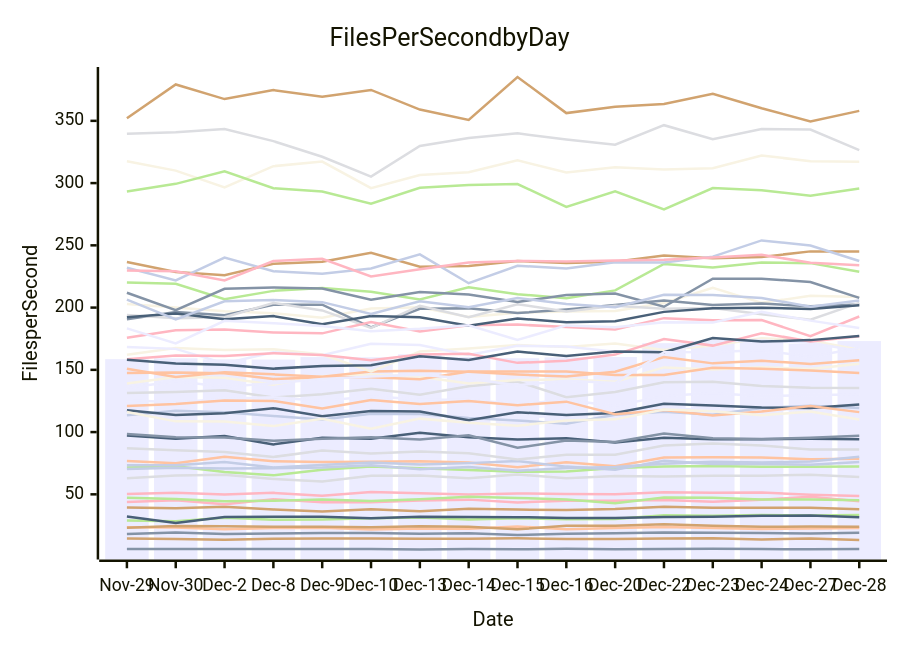
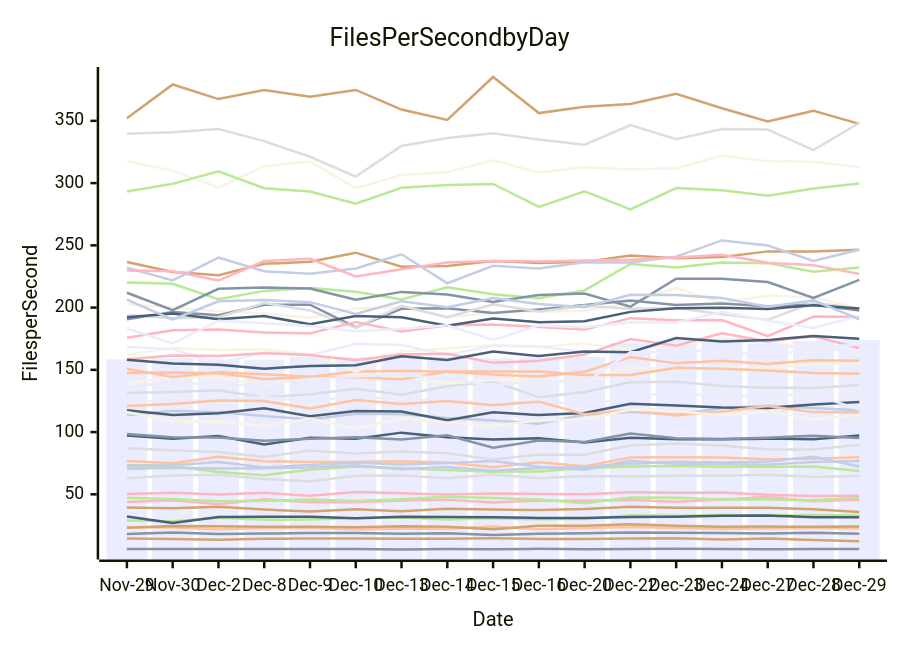
One commit to streetsidesoftware/cspell changed the diagram in perf-report.md. Above: the diagram before and after it, drawn with Mermaid. The commit also changed other lines of this file and 1 other file, not shown here.

````diff
--- a/perf-report.md
+++ b/perf-report.md
@@ -11,57 +11,57 @@
 ```mermaid
 xychart-beta
     title Files Per Second by Day
     y-axis Files per Second
-    x-axis Date [Nov-29, Nov-30, Dec-2, Dec-8, Dec-9, Dec-10, Dec-13, Dec-14, Dec-15, Dec-16, Dec-20, Dec-22, Dec-23, Dec-24, Dec-27, Dec-28]
-    bar [158.58, 159.25, 158.41, 158.24, 160.26, 160.13, 162.46, 160.30, 159.32, 159.99, 160.32, 171.41, 173.30, 173.54, 170.88, 173.10]
-    line [6.01, 6.16, 6.12, 6.00, 6.03, 6.11, 5.69, 6.12, 5.85, 6.27, 5.94, 6.19, 6.23, 6.06, 5.80, 6.19]
-    line [76.76, 75.06, 80.27, 76.65, 75.94, 76.12, 76.57, 75.62, 71.86, 75.70, 72.52, 79.52, 79.75, 79.57, 78.19, 78.53]
-    line [62.90, 65.22, 65.65, 62.39, 60.36, 64.84, 65.11, 62.93, 65.98, 63.02, 64.70, 64.39, 64.92, 64.92, 65.76, 63.97]
-    line [71.50, 72.49, 68.01, 65.32, 69.78, 72.32, 70.99, 69.49, 68.20, 68.29, 71.18, 72.28, 72.81, 72.16, 72.22, 72.29]
-    line [39.45, 38.80, 39.93, 37.87, 36.13, 38.10, 36.47, 38.38, 37.81, 37.32, 38.13, 39.99, 39.24, 39.22, 39.13, 37.99]
-    line [73.38, 73.35, 76.02, 71.59, 73.55, 75.54, 73.95, 75.07, 76.77, 72.26, 69.84, 77.03, 74.27, 74.27, 73.83, 75.96]
-    line [50.21, 51.36, 49.95, 51.18, 48.94, 51.93, 50.78, 49.91, 50.66, 50.34, 50.02, 51.61, 51.21, 51.38, 49.64, 48.60]
-    line [97.20, 94.57, 96.80, 90.09, 95.39, 94.62, 99.56, 95.79, 93.99, 95.03, 91.66, 95.50, 94.32, 94.29, 94.73, 94.34]
-    line [202.79, 200.07, 197.01, 195.46, 191.88, 199.25, 200.18, 192.55, 195.85, 196.96, 197.31, 203.68, 215.88, 203.82, 209.47, 208.55]
-    line [109.21, 117.71, 115.04, 114.43, 117.93, 116.17, 113.85, 113.19, 111.86, 113.23, 116.22, 119.95, 116.76, 117.75, 118.71, 118.58]
-    line [18.13, 19.36, 18.09, 18.49, 18.92, 19.04, 18.41, 18.71, 17.35, 18.44, 18.66, 19.39, 19.24, 18.95, 18.61, 19.20]
-    line [23.50, 23.32, 21.90, 22.93, 23.26, 21.71, 22.48, 22.26, 24.16, 21.86, 22.99, 23.86, 22.95, 22.15, 22.59, 22.93]
-    line [131.34, 132.15, 133.58, 127.82, 130.48, 134.87, 129.94, 136.83, 140.59, 128.00, 132.13, 140.04, 140.36, 136.98, 135.57, 135.50]
-    line [28.98, 28.47, 31.13, 29.50, 29.81, 30.70, 31.34, 29.78, 30.86, 29.89, 30.20, 33.22, 32.90, 33.40, 32.96, 33.38]
-    line [14.45, 14.21, 13.55, 14.37, 14.53, 14.61, 14.25, 14.42, 14.66, 14.20, 14.14, 14.58, 14.66, 13.81, 14.51, 13.39]
-    line [113.61, 117.05, 115.87, 112.86, 110.11, 114.79, 114.58, 111.22, 109.33, 106.79, 113.91, 116.30, 113.89, 119.27, 121.25, 119.32]
-    line [43.85, 45.20, 42.00, 46.02, 43.67, 43.68, 45.02, 45.75, 43.43, 44.94, 44.85, 45.35, 43.98, 45.75, 48.03, 44.47]
-    line [117.56, 113.82, 115.04, 119.17, 112.82, 116.99, 116.61, 109.61, 115.93, 113.66, 115.36, 122.68, 121.26, 119.81, 119.36, 122.21]
-    line [317.57, 310.02, 296.47, 313.58, 317.30, 295.96, 306.54, 308.67, 318.29, 308.47, 312.68, 311.01, 311.87, 322.19, 317.56, 317.24]
-    line [125.68, 123.73, 126.68, 128.02, 124.91, 128.75, 126.25, 125.99, 122.54, 125.77, 120.95, 129.07, 131.35, 128.71, 129.73, 130.21]
-    line [190.53, 196.53, 193.86, 202.32, 202.37, 184.12, 199.02, 199.50, 195.58, 198.56, 202.04, 205.76, 202.04, 203.32, 201.04, 202.44]
-    line [120.89, 122.51, 125.41, 124.96, 118.90, 125.77, 122.50, 124.97, 121.63, 124.44, 114.40, 117.66, 113.42, 116.57, 120.86, 116.04]
-    line [194.09, 191.43, 192.21, 203.69, 197.75, 183.65, 201.42, 192.31, 202.71, 196.90, 201.49, 199.06, 199.67, 194.62, 190.28, 203.79]
-    line [220.14, 219.09, 206.67, 213.42, 215.72, 212.77, 206.57, 216.35, 210.81, 207.51, 213.81, 235.09, 232.12, 236.13, 235.71, 228.72]
-    line [236.55, 228.65, 226.03, 235.13, 236.77, 244.11, 232.83, 233.41, 237.39, 235.87, 236.73, 241.85, 239.59, 240.67, 245.15, 245.04]
-    line [70.33, 71.28, 70.66, 70.99, 71.64, 73.38, 70.10, 71.99, 68.96, 71.11, 72.00, 74.62, 76.21, 75.66, 76.28, 80.16]
-    line [175.76, 181.77, 182.47, 179.95, 179.31, 188.38, 180.77, 185.77, 186.35, 184.33, 182.33, 191.53, 189.75, 189.98, 177.07, 192.83]
-    line [192.30, 195.25, 190.71, 193.15, 186.55, 193.19, 192.23, 185.43, 191.26, 188.26, 189.10, 196.56, 199.42, 199.83, 198.90, 201.82]
-    line [139.07, 144.20, 143.55, 138.09, 144.82, 146.07, 144.49, 139.02, 141.78, 142.36, 140.50, 151.95, 150.33, 152.02, 150.72, 154.90]
-    line [183.30, 171.17, 189.43, 187.46, 185.27, 181.05, 182.93, 185.74, 173.94, 185.68, 184.19, 188.28, 188.11, 196.54, 189.53, 183.55]
-    line [211.90, 198.01, 215.07, 216.21, 215.29, 206.31, 212.61, 210.51, 204.56, 210.18, 211.34, 200.66, 223.22, 223.16, 220.54, 207.84]
-    line [150.86, 144.17, 148.12, 146.38, 144.41, 148.76, 149.26, 148.44, 146.25, 144.57, 148.51, 160.26, 155.20, 157.30, 154.76, 157.76]
-    line [87.05, 85.49, 84.05, 80.02, 85.30, 82.71, 84.32, 82.91, 77.95, 81.87, 81.89, 89.30, 90.84, 89.17, 86.07, 86.04]
-    line [293.25, 299.40, 309.39, 295.84, 293.27, 283.38, 296.25, 298.40, 299.27, 280.90, 293.45, 278.89, 296.00, 294.23, 289.77, 295.71]
-    line [352.03, 379.23, 367.49, 374.69, 369.34, 374.83, 359.05, 350.76, 385.22, 356.23, 361.41, 363.52, 371.74, 360.07, 349.58, 358.00]
-    line [232.03, 221.81, 240.23, 229.14, 227.27, 231.37, 242.80, 219.56, 233.62, 231.32, 236.32, 236.26, 240.94, 253.96, 249.85, 237.45]
-    line [229.81, 229.18, 221.75, 237.38, 239.25, 224.99, 230.85, 236.16, 237.46, 237.06, 237.81, 238.36, 240.26, 242.42, 235.97, 234.05]
-    line [32.17, 27.01, 31.76, 31.99, 31.99, 30.84, 32.08, 31.89, 31.67, 31.01, 31.00, 31.79, 31.95, 32.72, 33.00, 31.56]
-    line [162.13, 167.55, 165.94, 166.49, 162.27, 148.64, 164.74, 167.10, 169.90, 168.25, 171.20, 165.98, 169.49, 175.43, 173.51, 166.13]
-    line [168.29, 166.84, 155.06, 164.08, 161.66, 171.02, 169.99, 161.97, 169.28, 168.79, 164.45, 163.90, 173.08, 173.52, 171.67, 165.07]
-    line [98.38, 95.87, 95.57, 93.03, 94.71, 95.93, 94.05, 97.42, 87.40, 93.20, 92.02, 98.77, 95.06, 94.41, 95.55, 97.07]
-    line [147.45, 147.90, 147.19, 142.70, 144.08, 143.97, 142.44, 148.72, 148.74, 148.66, 145.81, 145.83, 151.65, 150.82, 149.41, 147.54]
-    line [339.55, 340.91, 343.35, 333.69, 321.17, 305.21, 329.78, 336.28, 339.96, 335.03, 330.81, 346.52, 335.23, 343.48, 342.97, 326.49]
-    line [47.22, 46.33, 44.42, 44.87, 45.90, 44.67, 46.00, 48.05, 47.07, 45.85, 42.75, 47.52, 47.21, 45.81, 45.88, 45.34]
-    line [23.09, 24.60, 24.46, 23.99, 23.97, 23.56, 24.27, 23.97, 21.89, 24.77, 24.75, 25.98, 24.78, 24.02, 24.07, 23.90]
-    line [206.34, 190.41, 205.06, 206.03, 204.37, 194.91, 205.14, 200.36, 207.64, 202.85, 200.31, 210.29, 210.04, 207.76, 200.78, 205.77]
-    line [158.52, 161.43, 161.03, 163.37, 162.01, 157.69, 162.41, 162.92, 155.61, 157.24, 162.25, 174.81, 169.46, 179.44, 172.82, 176.92]
-    line [158.17, 155.13, 153.99, 150.95, 152.99, 153.72, 160.91, 157.90, 164.74, 161.04, 164.69, 164.20, 175.57, 172.74, 173.87, 177.24]
-    line [116.12, 108.62, 108.44, 104.81, 110.68, 102.65, 110.81, 107.51, 105.11, 109.29, 110.23, 118.20, 116.66, 113.51, 116.56, 110.18]
-    line [135.37, 140.89, 136.51, 139.19, 142.56, 144.70, 146.06, 142.91, 137.61, 141.27, 139.39, 164.22, 164.25, 165.65, 160.55, 167.52]
+    x-axis Date [Nov-29, Nov-30, Dec-2, Dec-8, Dec-9, Dec-10, Dec-13, Dec-14, Dec-15, Dec-16, Dec-20, Dec-22, Dec-23, Dec-24, Dec-27, Dec-28, Dec-29]
+    bar [158.58, 159.25, 158.41, 158.24, 160.26, 160.13, 162.46, 160.30, 159.32, 159.99, 160.32, 171.41, 173.30, 173.54, 170.88, 173.10, 173.94]
+    line [6.01, 6.16, 6.12, 6.00, 6.03, 6.11, 5.69, 6.12, 5.85, 6.27, 5.94, 6.19, 6.23, 6.06, 5.80, 6.19, 6.05]
+    line [76.76, 75.06, 80.27, 76.65, 75.94, 76.12, 76.57, 75.62, 71.86, 75.70, 72.52, 79.52, 79.75, 79.57, 78.19, 78.53, 79.86]
+    line [62.90, 65.22, 65.65, 62.39, 60.36, 64.84, 65.11, 62.93, 65.98, 63.02, 64.70, 64.39, 64.92, 64.92, 65.76, 63.97, 64.82]
+    line [71.50, 72.49, 68.01, 65.32, 69.78, 72.32, 70.99, 69.49, 68.20, 68.29, 71.18, 72.28, 72.81, 72.16, 72.22, 72.29, 68.65]
+    line [39.45, 38.80, 39.93, 37.87, 36.13, 38.10, 36.47, 38.38, 37.81, 37.32, 38.13, 39.99, 39.24, 39.22, 39.13, 37.99, 35.85]
+    line [73.38, 73.35, 76.02, 71.59, 73.55, 75.54, 73.95, 75.07, 76.77, 72.26, 69.84, 77.03, 74.27, 74.27, 73.83, 75.96, 76.75]
+    line [50.21, 51.36, 49.95, 51.18, 48.94, 51.93, 50.78, 49.91, 50.66, 50.34, 50.02, 51.61, 51.21, 51.38, 49.64, 48.60, 48.81]
+    line [97.20, 94.57, 96.80, 90.09, 95.39, 94.62, 99.56, 95.79, 93.99, 95.03, 91.66, 95.50, 94.32, 94.29, 94.73, 94.34, 97.24]
+    line [202.79, 200.07, 197.01, 195.46, 191.88, 199.25, 200.18, 192.55, 195.85, 196.96, 197.31, 203.68, 215.88, 203.82, 209.47, 208.55, 199.09]
+    line [109.21, 117.71, 115.04, 114.43, 117.93, 116.17, 113.85, 113.19, 111.86, 113.23, 116.22, 119.95, 116.76, 117.75, 118.71, 118.58, 114.82]
+    line [18.13, 19.36, 18.09, 18.49, 18.92, 19.04, 18.41, 18.71, 17.35, 18.44, 18.66, 19.39, 19.24, 18.95, 18.61, 19.20, 18.27]
+    line [23.50, 23.32, 21.90, 22.93, 23.26, 21.71, 22.48, 22.26, 24.16, 21.86, 22.99, 23.86, 22.95, 22.15, 22.59, 22.93, 22.62]
+    line [131.34, 132.15, 133.58, 127.82, 130.48, 134.87, 129.94, 136.83, 140.59, 128.00, 132.13, 140.04, 140.36, 136.98, 135.57, 135.50, 137.91]
+    line [28.98, 28.47, 31.13, 29.50, 29.81, 30.70, 31.34, 29.78, 30.86, 29.89, 30.20, 33.22, 32.90, 33.40, 32.96, 33.38, 33.29]
+    line [14.45, 14.21, 13.55, 14.37, 14.53, 14.61, 14.25, 14.42, 14.66, 14.20, 14.14, 14.58, 14.66, 13.81, 14.51, 13.39, 12.40]
+    line [113.61, 117.05, 115.87, 112.86, 110.11, 114.79, 114.58, 111.22, 109.33, 106.79, 113.91, 116.30, 113.89, 119.27, 121.25, 119.32, 117.50]
+    line [43.85, 45.20, 42.00, 46.02, 43.67, 43.68, 45.02, 45.75, 43.43, 44.94, 44.85, 45.35, 43.98, 45.75, 48.03, 44.47, 45.58]
+    line [117.56, 113.82, 115.04, 119.17, 112.82, 116.99, 116.61, 109.61, 115.93, 113.66, 115.36, 122.68, 121.26, 119.81, 119.36, 122.21, 124.10]
+    line [317.57, 310.02, 296.47, 313.58, 317.30, 295.96, 306.54, 308.67, 318.29, 308.47, 312.68, 311.01, 311.87, 322.19, 317.56, 317.24, 312.75]
+    line [125.68, 123.73, 126.68, 128.02, 124.91, 128.75, 126.25, 125.99, 122.54, 125.77, 120.95, 129.07, 131.35, 128.71, 129.73, 130.21, 118.23]
+    line [190.53, 196.53, 193.86, 202.32, 202.37, 184.12, 199.02, 199.50, 195.58, 198.56, 202.04, 205.76, 202.04, 203.32, 201.04, 202.44, 197.68]
+    line [120.89, 122.51, 125.41, 124.96, 118.90, 125.77, 122.50, 124.97, 121.63, 124.44, 114.40, 117.66, 113.42, 116.57, 120.86, 116.04, 115.83]
+    line [194.09, 191.43, 192.21, 203.69, 197.75, 183.65, 201.42, 192.31, 202.71, 196.90, 201.49, 199.06, 199.67, 194.62, 190.28, 203.79, 199.37]
+    line [220.14, 219.09, 206.67, 213.42, 215.72, 212.77, 206.57, 216.35, 210.81, 207.51, 213.81, 235.09, 232.12, 236.13, 235.71, 228.72, 232.21]
+    line [236.55, 228.65, 226.03, 235.13, 236.77, 244.11, 232.83, 233.41, 237.39, 235.87, 236.73, 241.85, 239.59, 240.67, 245.15, 245.04, 246.39]
+    line [70.33, 71.28, 70.66, 70.99, 71.64, 73.38, 70.10, 71.99, 68.96, 71.11, 72.00, 74.62, 76.21, 75.66, 76.28, 80.16, 72.31]
+    line [175.76, 181.77, 182.47, 179.95, 179.31, 188.38, 180.77, 185.77, 186.35, 184.33, 182.33, 191.53, 189.75, 189.98, 177.07, 192.83, 192.47]
+    line [192.30, 195.25, 190.71, 193.15, 186.55, 193.19, 192.23, 185.43, 191.26, 188.26, 189.10, 196.56, 199.42, 199.83, 198.90, 201.82, 199.28]
+    line [139.07, 144.20, 143.55, 138.09, 144.82, 146.07, 144.49, 139.02, 141.78, 142.36, 140.50, 151.95, 150.33, 152.02, 150.72, 154.90, 155.32]
+    line [183.30, 171.17, 189.43, 187.46, 185.27, 181.05, 182.93, 185.74, 173.94, 185.68, 184.19, 188.28, 188.11, 196.54, 189.53, 183.55, 193.27]
+    line [211.90, 198.01, 215.07, 216.21, 215.29, 206.31, 212.61, 210.51, 204.56, 210.18, 211.34, 200.66, 223.22, 223.16, 220.54, 207.84, 222.23]
+    line [150.86, 144.17, 148.12, 146.38, 144.41, 148.76, 149.26, 148.44, 146.25, 144.57, 148.51, 160.26, 155.20, 157.30, 154.76, 157.76, 157.35]
+    line [87.05, 85.49, 84.05, 80.02, 85.30, 82.71, 84.32, 82.91, 77.95, 81.87, 81.89, 89.30, 90.84, 89.17, 86.07, 86.04, 89.86]
+    line [293.25, 299.40, 309.39, 295.84, 293.27, 283.38, 296.25, 298.40, 299.27, 280.90, 293.45, 278.89, 296.00, 294.23, 289.77, 295.71, 299.69]
+    line [352.03, 379.23, 367.49, 374.69, 369.34, 374.83, 359.05, 350.76, 385.22, 356.23, 361.41, 363.52, 371.74, 360.07, 349.58, 358.00, 347.55]
+    line [232.03, 221.81, 240.23, 229.14, 227.27, 231.37, 242.80, 219.56, 233.62, 231.32, 236.32, 236.26, 240.94, 253.96, 249.85, 237.45, 246.43]
+    line [229.81, 229.18, 221.75, 237.38, 239.25, 224.99, 230.85, 236.16, 237.46, 237.06, 237.81, 238.36, 240.26, 242.42, 235.97, 234.05, 227.08]
+    line [32.17, 27.01, 31.76, 31.99, 31.99, 30.84, 32.08, 31.89, 31.67, 31.01, 31.00, 31.79, 31.95, 32.72, 33.00, 31.56, 31.66]
+    line [162.13, 167.55, 165.94, 166.49, 162.27, 148.64, 164.74, 167.10, 169.90, 168.25, 171.20, 165.98, 169.49, 175.43, 173.51, 166.13, 170.72]
+    line [168.29, 166.84, 155.06, 164.08, 161.66, 171.02, 169.99, 161.97, 169.28, 168.79, 164.45, 163.90, 173.08, 173.52, 171.67, 165.07, 167.09]
+    line [98.38, 95.87, 95.57, 93.03, 94.71, 95.93, 94.05, 97.42, 87.40, 93.20, 92.02, 98.77, 95.06, 94.41, 95.55, 97.07, 95.34]
+    line [147.45, 147.90, 147.19, 142.70, 144.08, 143.97, 142.44, 148.72, 148.74, 148.66, 145.81, 145.83, 151.65, 150.82, 149.41, 147.54, 146.95]
+    line [339.55, 340.91, 343.35, 333.69, 321.17, 305.21, 329.78, 336.28, 339.96, 335.03, 330.81, 346.52, 335.23, 343.48, 342.97, 326.49, 348.28]
+    line [47.22, 46.33, 44.42, 44.87, 45.90, 44.67, 46.00, 48.05, 47.07, 45.85, 42.75, 47.52, 47.21, 45.81, 45.88, 45.34, 47.27]
+    line [23.09, 24.60, 24.46, 23.99, 23.97, 23.56, 24.27, 23.97, 21.89, 24.77, 24.75, 25.98, 24.78, 24.02, 24.07, 23.90, 24.09]
+    line [206.34, 190.41, 205.06, 206.03, 204.37, 194.91, 205.14, 200.36, 207.64, 202.85, 200.31, 210.29, 210.04, 207.76, 200.78, 205.77, 190.64]
+    line [158.52, 161.43, 161.03, 163.37, 162.01, 157.69, 162.41, 162.92, 155.61, 157.24, 162.25, 174.81, 169.46, 179.44, 172.82, 176.92, 167.60]
+    line [158.17, 155.13, 153.99, 150.95, 152.99, 153.72, 160.91, 157.90, 164.74, 161.04, 164.69, 164.20, 175.57, 172.74, 173.87, 177.24, 175.06]
+    line [116.12, 108.62, 108.44, 104.81, 110.68, 102.65, 110.81, 107.51, 105.11, 109.29, 110.23, 118.20, 116.66, 113.51, 116.56, 110.18, 113.73]
+    line [135.37, 140.89, 136.51, 139.19, 142.56, 144.70, 146.06, 142.91, 137.61, 141.27, 139.39, 164.22, 164.25, 165.65, 160.55, 167.52, 170.63]
 ```
````
